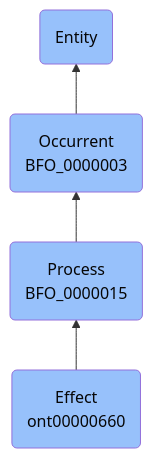
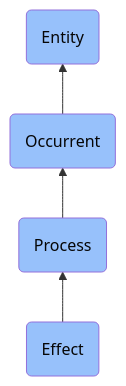
The diagram in docs/ontology/reference/model/Entity/Occurrent/Process/Effect/Effect.md (jupyter-naas/abi), drawn with Mermaid before and after one commit. The commit also changed other lines of this file and 1430 other files, not shown here.

````diff
--- a/docs/ontology/reference/model/Entity/Occurrent/Process/Effect/Effect.md
+++ b/docs/ontology/reference/model/Entity/Occurrent/Process/Effect/Effect.md
@@ -24,11 +24,11 @@
 ```mermaid
 graph BT
-    ont00000660(Effect<br>ont00000660):::BFO-->BFO_0000015
-    BFO_0000015(Process<br>BFO_0000015):::BFO-->BFO_0000003
-    BFO_0000003(Occurrent<br>BFO_0000003):::BFO-->BFO_0000001
+    ont00000660(Effect):::BFO-->BFO_0000015
+    BFO_0000015(Process):::BFO-->BFO_0000003
+    BFO_0000003(Occurrent):::BFO-->BFO_0000001
     BFO_0000001(Entity):::BFO
     
     classDef BFO fill:#97c1fb,color:#060606
     classDef CCO fill:#e4c51e,color:#060606
     classDef ABI fill:#48DD82,color:#060606
 ```
````
